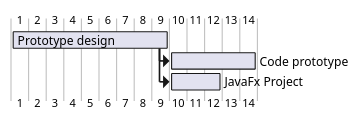
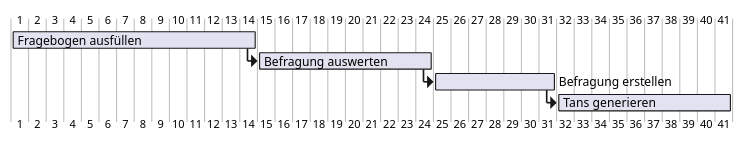
The second of 2 diagrams in StudentFeedback/README.adoc (1920-3ahitm-itp/02-project-repositories-studentfeedback), drawn with PlantUML before and after one commit. The commit also changed other lines of this file, not shown here.

Commit message:
Gantt diagram improved

```diff
--- a/StudentFeedback/README.adoc
+++ b/StudentFeedback/README.adoc
@@ -38,10 +39,12 @@
 [plantuml,gantt,png]
 ----
 @startgantt
-[Prototype design] lasts 9 days
-[Code prototype] lasts 5 days
-[Code prototype] starts at [Prototype design]'s end
-[JavaFx Project] lasts 3 days
-[JavaFx Project] starts at [Prototype design]'s end
+[Fragebogen ausfüllen] lasts 14 days
+[Befragung auswerten] lasts 10 days
+[Befragung auswerten] starts at [Fragebogen ausfüllen]'s end
+[Befragung erstellen] lasts 7 days
+[Befragung erstellen] starts at [Befragung auswerten]'s end
+[Tans generieren] lasts 10 days
+[Tans generieren] starts at [Befragung erstellen]'s end
 @endgantt
 ----
```
